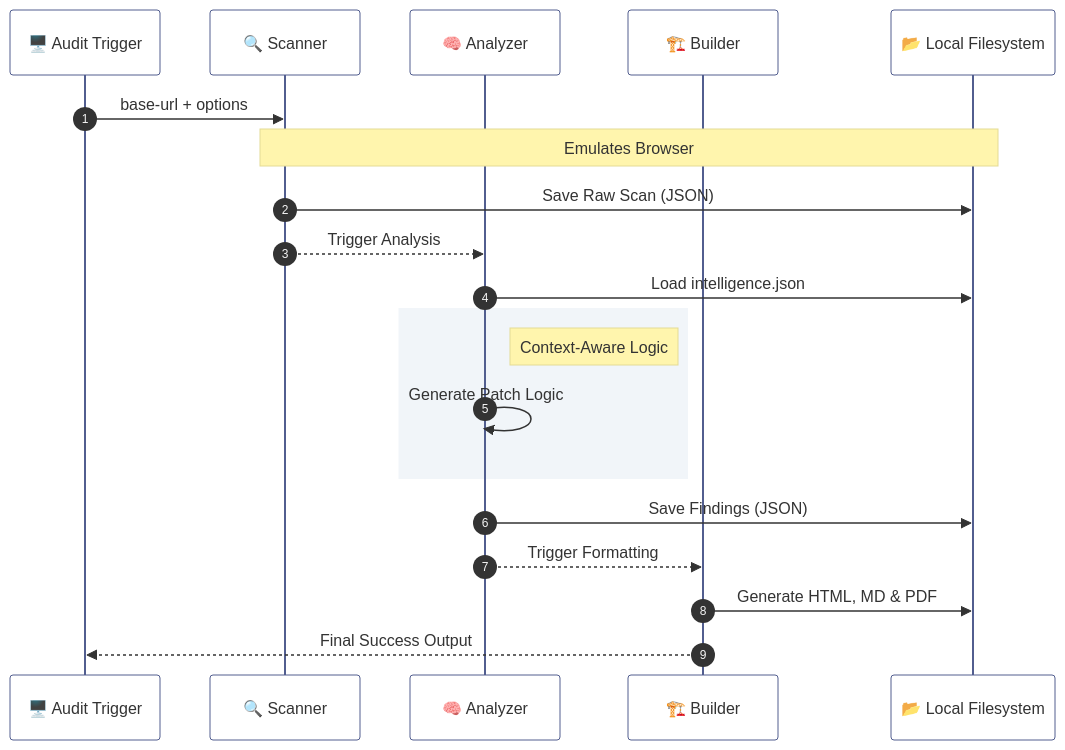
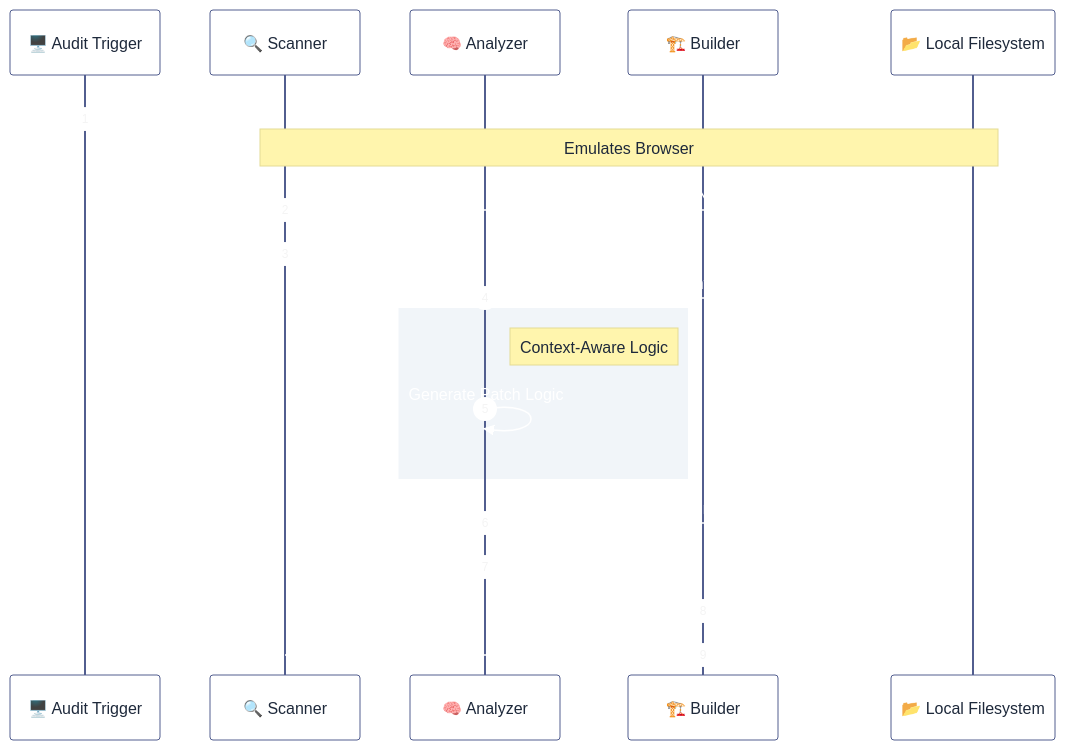
Before and after one commit to diegovelasquezweb/a11y-skill: the second of 2 diagrams in docs/architecture.md, drawn with Mermaid. The commit also changed other lines of this file, not shown here.

Commit message:
docs: adjust mermaid diagram theme variables to update primary, actor, and note text colors.

````diff
--- a/docs/architecture.md
+++ b/docs/architecture.md
@@ -105,24 +105,24 @@
 ```mermaid
-%%{init: { 'theme': 'base', 'themeVariables': { 'primaryColor': '#3b5cd9', 'secondaryColor': '#f1f5f9', 'tertiaryColor': '#fff', 'mainBkg': '#fff', 'nodeBorder': '#e2e8f0' } } }%%
+%%{init: { 'theme': 'base', 'themeVariables': { 'primaryColor': '#3b5cd9', 'primaryTextColor': '#fff', 'secondaryColor': '#f1f5f9', 'tertiaryColor': '#fff', 'mainBkg': '#fff', 'nodeBorder': '#e2e8f0', 'actorTextColor': '#1e293b', 'noteTextColor': '#1e293b' } } }%%
 sequenceDiagram
     autonumber
     participant CLI as 🖥️ Audit Trigger
     participant S as 🔍 Scanner
     participant A as 🧠 Analyzer
     participant B as 🏗️ Builder
     participant FS as 📂 Local Filesystem
 
     CLI->>S: base-url + options
     Note over S,FS: Emulates Browser
     S->>FS: Save Raw Scan (JSON)
     S-->>A: Trigger Analysis
     A->>FS: Load intelligence.json
     rect rgb(241, 245, 249)
         Note right of A: Context-Aware Logic
         A->>A: Generate Patch Logic
     end
     A->>FS: Save Findings (JSON)
     A-->>B: Trigger Formatting
     B->>FS: Generate HTML, MD & PDF
     B-->>CLI: Final Success Output
 ```
````
